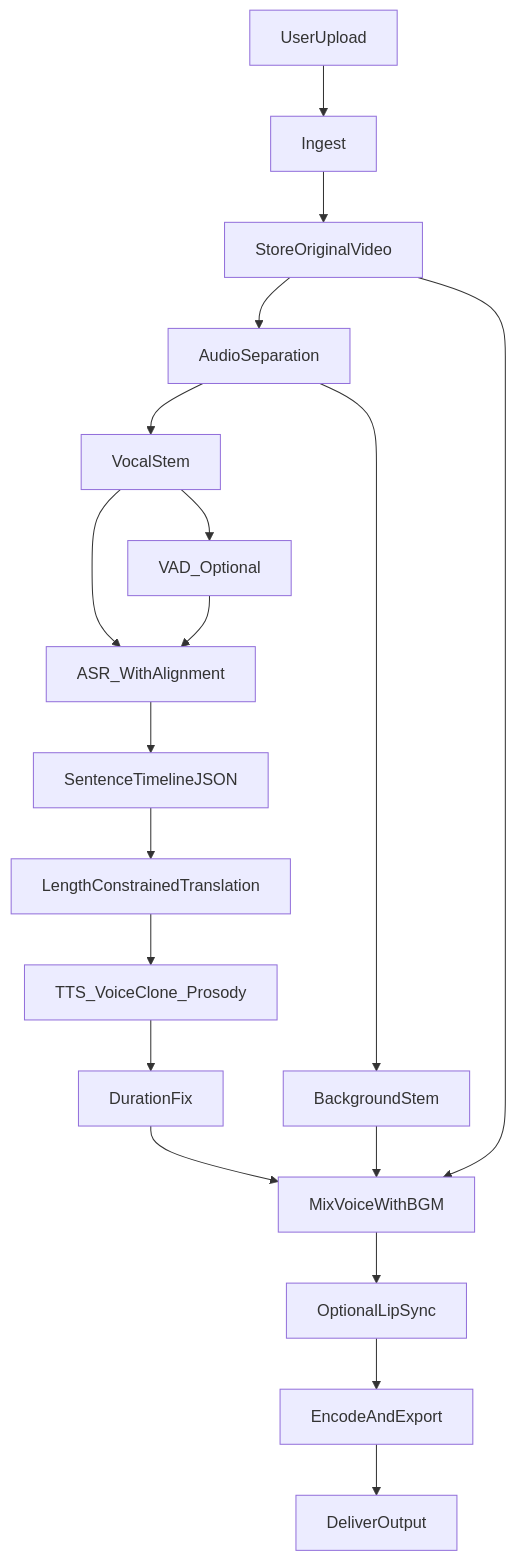
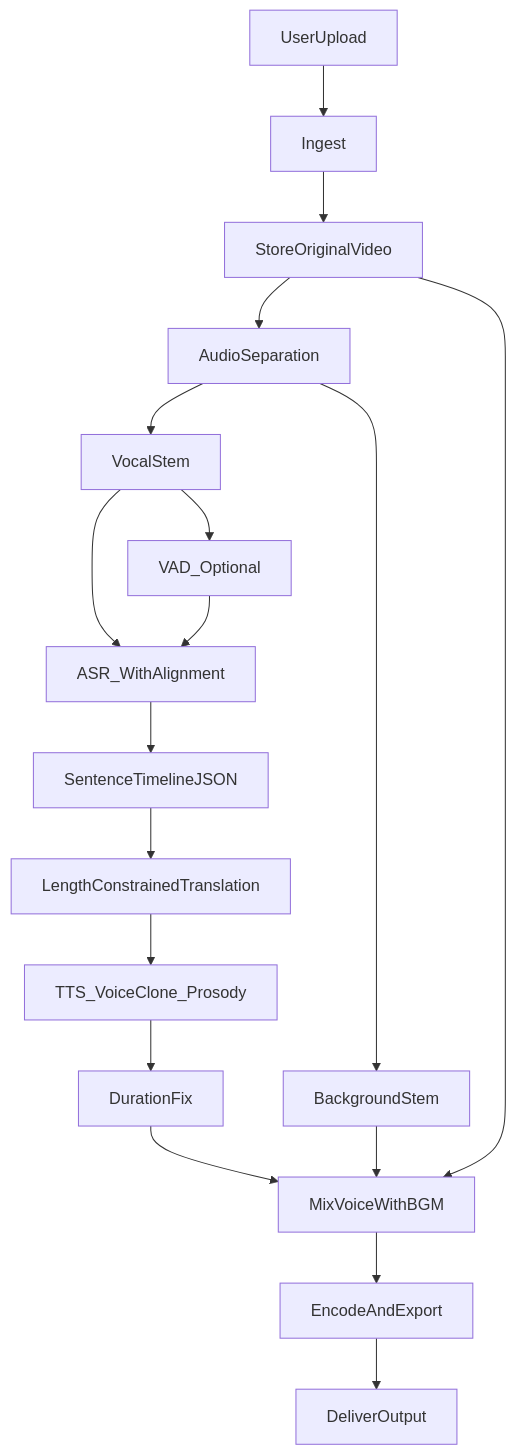
One commit to AaronJiTuo/magicdub-brain changed the diagram in Releases/01_MagicDub技术框架.md. Above: the diagram before and after it, drawn with Mermaid. The commit also changed other lines of this file and 6 other files, not shown here.

Commit message:
update README and release documentation to clarify project scope and remove lip-sync features.

````diff
--- a/Releases/01_MagicDub技术框架.md
+++ b/Releases/01_MagicDub技术框架.md
@@ -39,25 +39,24 @@
 ```mermaid
 flowchart TD
   userUpload[UserUpload] --> ingest[Ingest]
   ingest --> storeOriginal[StoreOriginalVideo]
   storeOriginal --> separate[AudioSeparation]
   separate --> bgmStem[BackgroundStem]
   separate --> vocalStem[VocalStem]
 
   vocalStem --> asr[ASR_WithAlignment]
   vocalStem --> vad[VAD_Optional]
   vad --> asr
   asr --> timeline[SentenceTimelineJSON]
 
   timeline --> translate[LengthConstrainedTranslation]
   translate --> tts[TTS_VoiceClone_Prosody]
   tts --> durFix[DurationFix]
 
   durFix --> mix[MixVoiceWithBGM]
   bgmStem --> mix
   storeOriginal --> mix
 
-  mix --> optionalLip[OptionalLipSync]
-  optionalLip --> encode[EncodeAndExport]
+  mix --> encode[EncodeAndExport]
   encode --> deliver[DeliverOutput]
 ```
````
